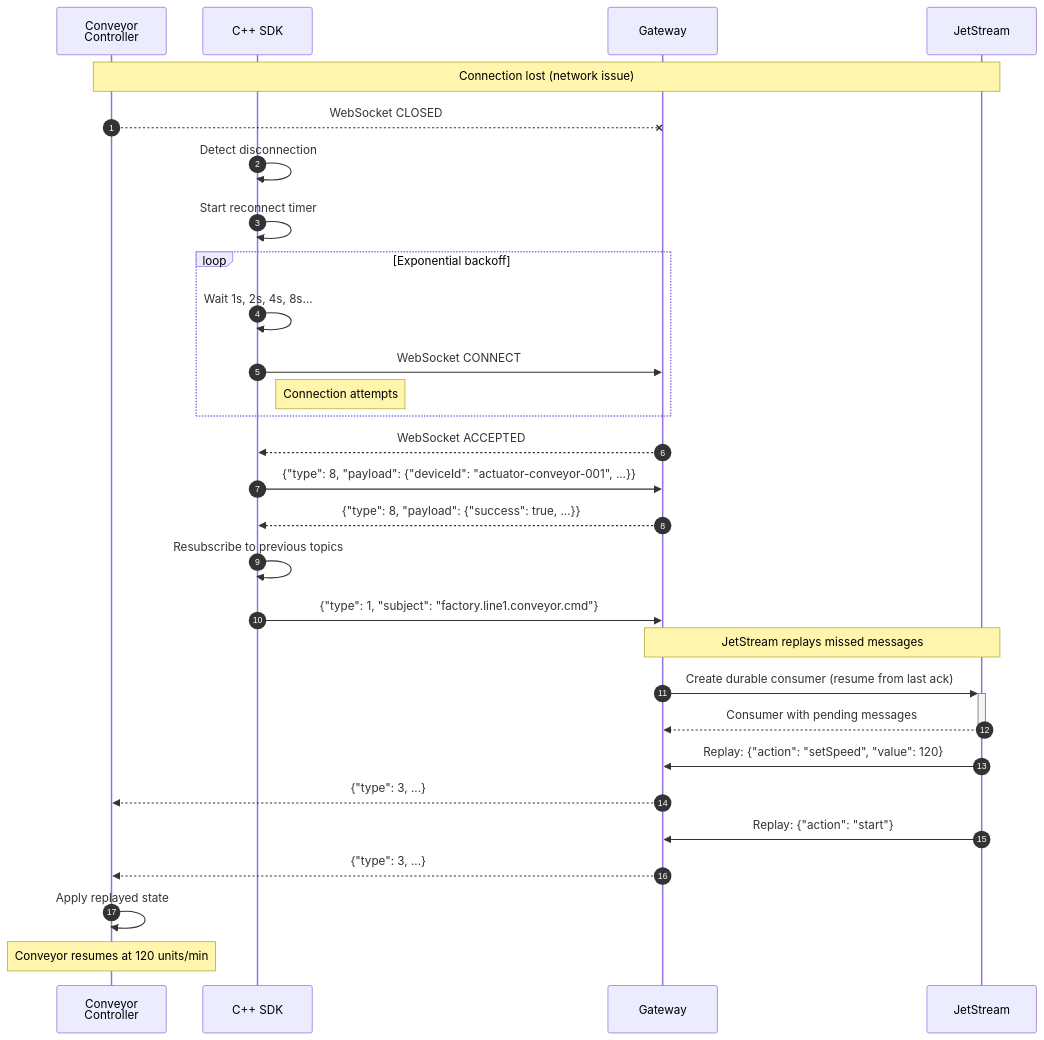
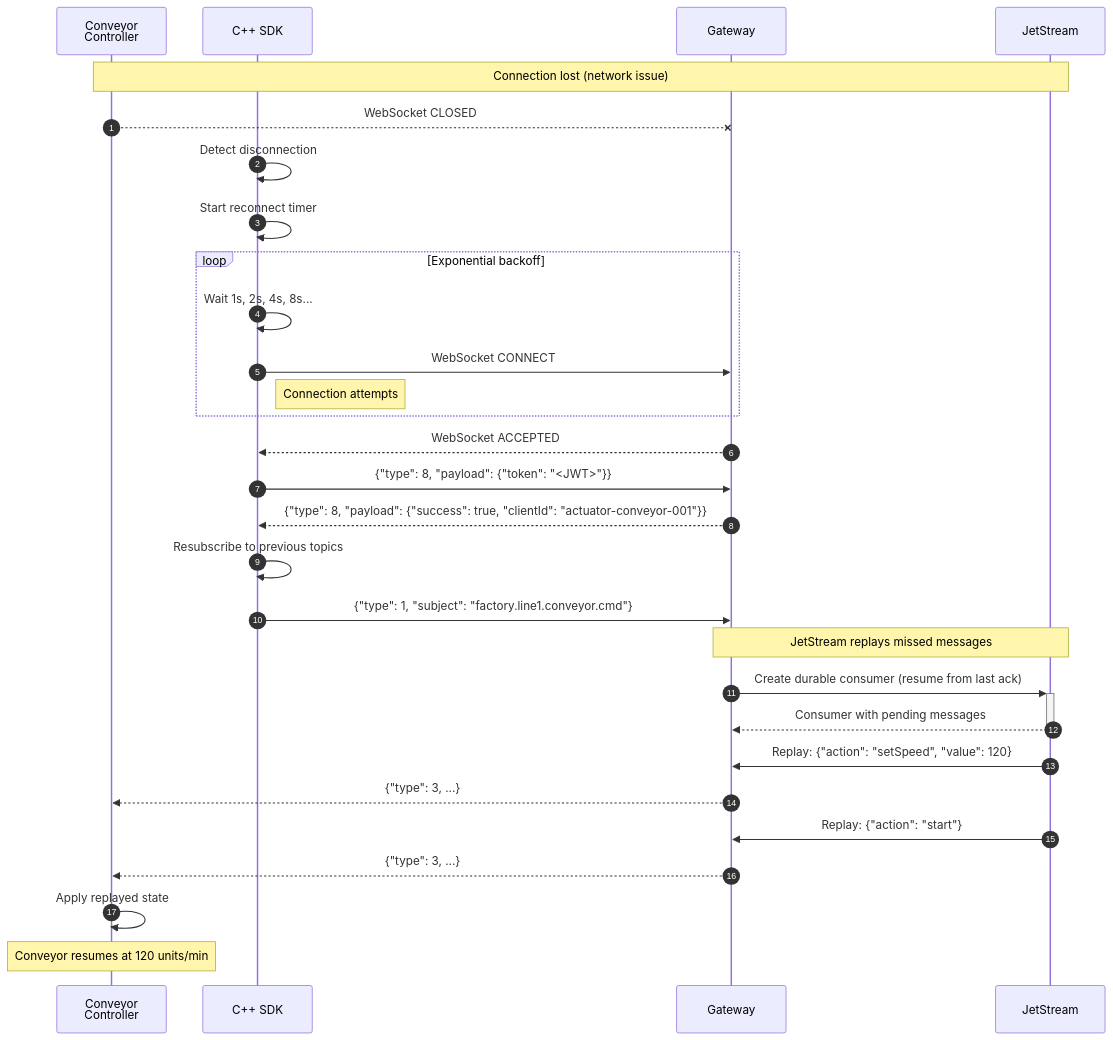
Diagram 11 of 16 in docs/diagrams/sequence-diagrams.md (jtayl222/nats-websocket-bridge), drawn with Mermaid before and after one commit. The commit also changed other lines of this file and 8 other files, not shown here.

````diff
--- a/docs/diagrams/sequence-diagrams.md
+++ b/docs/diagrams/sequence-diagrams.md
@@ -316,44 +316,44 @@
 ```mermaid
 sequenceDiagram
     autonumber
     participant Device as Conveyor<br/>Controller
     participant SDK as C++ SDK
     participant GW as Gateway
     participant JS as JetStream
 
     Note over Device,JS: Connection lost (network issue)
 
     Device--xGW: WebSocket CLOSED
 
     SDK->>SDK: Detect disconnection
     SDK->>SDK: Start reconnect timer
 
     loop Exponential backoff
         SDK->>SDK: Wait 1s, 2s, 4s, 8s...
         SDK->>GW: WebSocket CONNECT
         Note right of SDK: Connection attempts
     end
 
     GW-->>SDK: WebSocket ACCEPTED
 
-    SDK->>GW: {"type": 8, "payload": {"deviceId": "actuator-conveyor-001", ...}}
-    GW-->>SDK: {"type": 8, "payload": {"success": true, ...}}
+    SDK->>GW: {"type": 8, "payload": {"token": "<JWT>"}}
+    GW-->>SDK: {"type": 8, "payload": {"success": true, "clientId": "actuator-conveyor-001"}}
 
     SDK->>SDK: Resubscribe to previous topics
 
     SDK->>GW: {"type": 1, "subject": "factory.line1.conveyor.cmd"}
 
     Note over GW,JS: JetStream replays missed messages
 
     GW->>+JS: Create durable consumer (resume from last ack)
     JS-->>-GW: Consumer with pending messages
 
     JS->>GW: Replay: {"action": "setSpeed", "value": 120}
     GW-->>Device: {"type": 3, ...}
 
     JS->>GW: Replay: {"action": "start"}
     GW-->>Device: {"type": 3, ...}
 
     Device->>Device: Apply replayed state
     Note over Device: Conveyor resumes at 120 units/min
 ```
````
